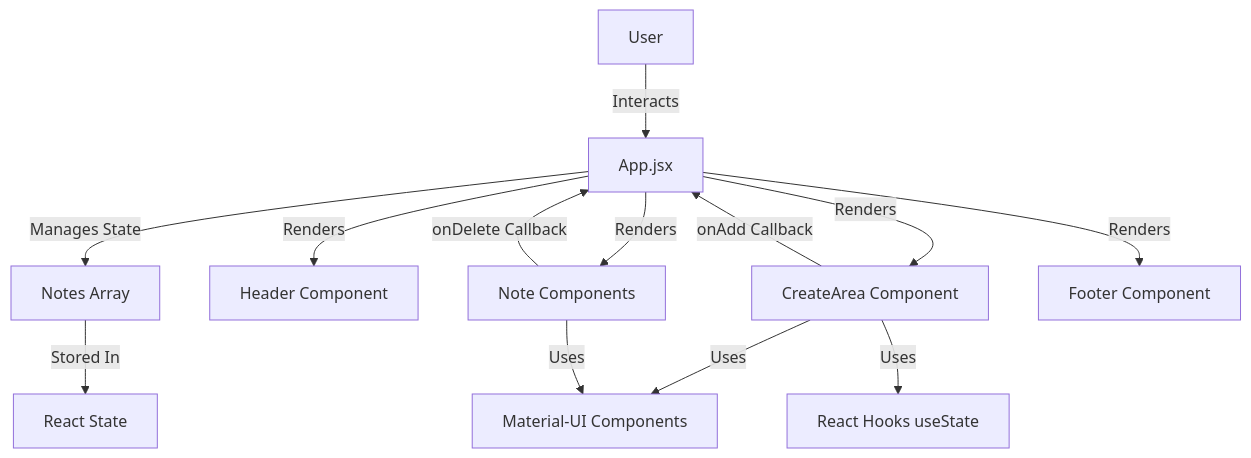
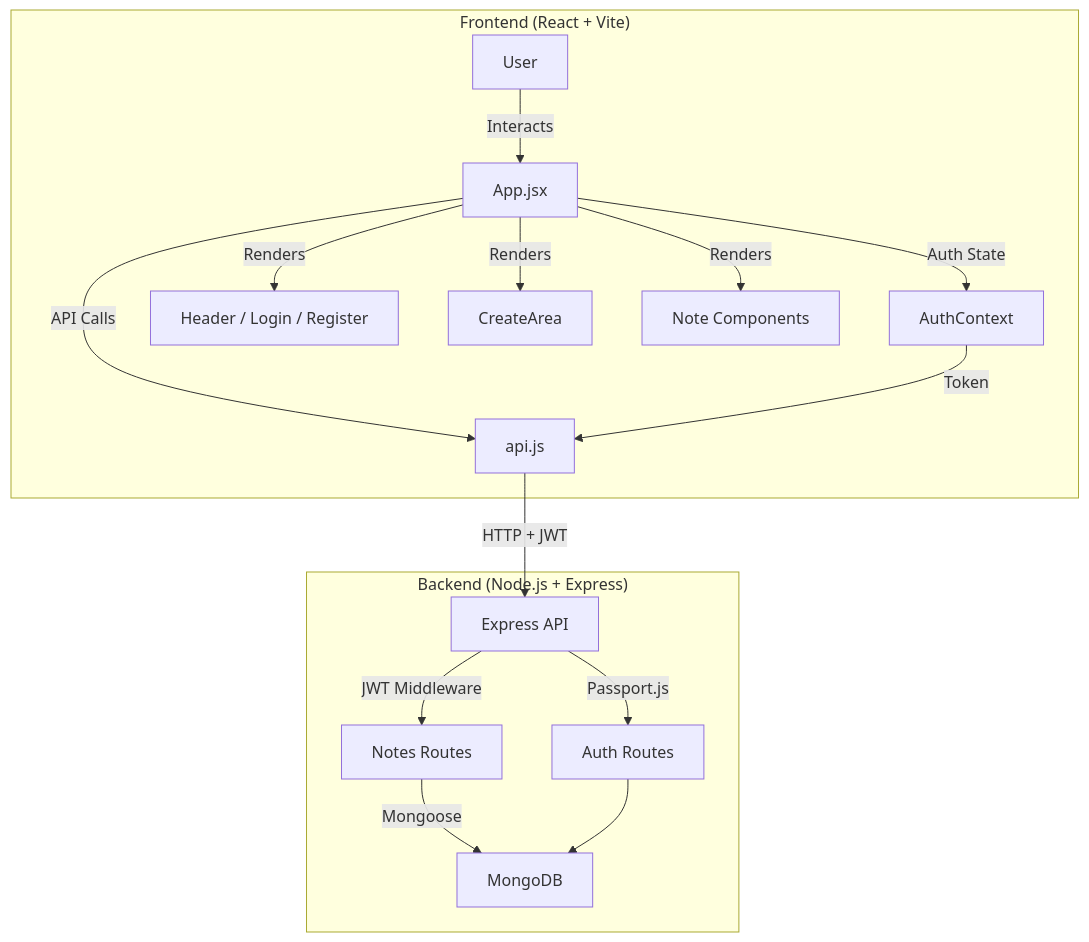
One commit to patelkev/keeper changed the diagram in README.md. Above: the diagram before and after it, drawn with Mermaid. The commit also changed other lines of this file and 23 other files, not shown here.

First line of the commit message:
feat!: upgrade to full-stack (backend, auth, database)

````diff
--- a/README.md
+++ b/README.md
@@ -20,18 +22,21 @@
 ```mermaid
 graph TB
-    A[User] -->|Interacts| B[App.jsx]
-    B -->|Manages State| C[Notes Array]
-    B -->|Renders| D[Header Component]
-    B -->|Renders| E[CreateArea Component]
-    B -->|Renders| F[Note Components]
-    B -->|Renders| G[Footer Component]
+    subgraph Frontend["Frontend (React + Vite)"]
+        A[User] -->|Interacts| B[App.jsx]
+        B -->|Auth State| C[AuthContext]
+        B -->|API Calls| D[api.js]
+        B -->|Renders| E[Header / Login / Register]
+        B -->|Renders| F[CreateArea]
+        B -->|Renders| G[Note Components]
+    end
     
-    E -->|onAdd Callback| B
-    E -->|Uses| H[Material-UI Components]
-    E -->|Uses| I[React Hooks useState]
+    subgraph Backend["Backend (Node.js + Express)"]
+        D -->|HTTP + JWT| H[Express API]
+        H -->|Passport.js| I[Auth Routes]
+        H -->|JWT Middleware| J[Notes Routes]
+        J -->|Mongoose| K[MongoDB]
+        I --> K
+    end
     
-    F -->|onDelete Callback| B
-    F -->|Uses| H
-    
-    C -->|Stored In| J[React State]
+    C -->|Token| D
 ```
````
